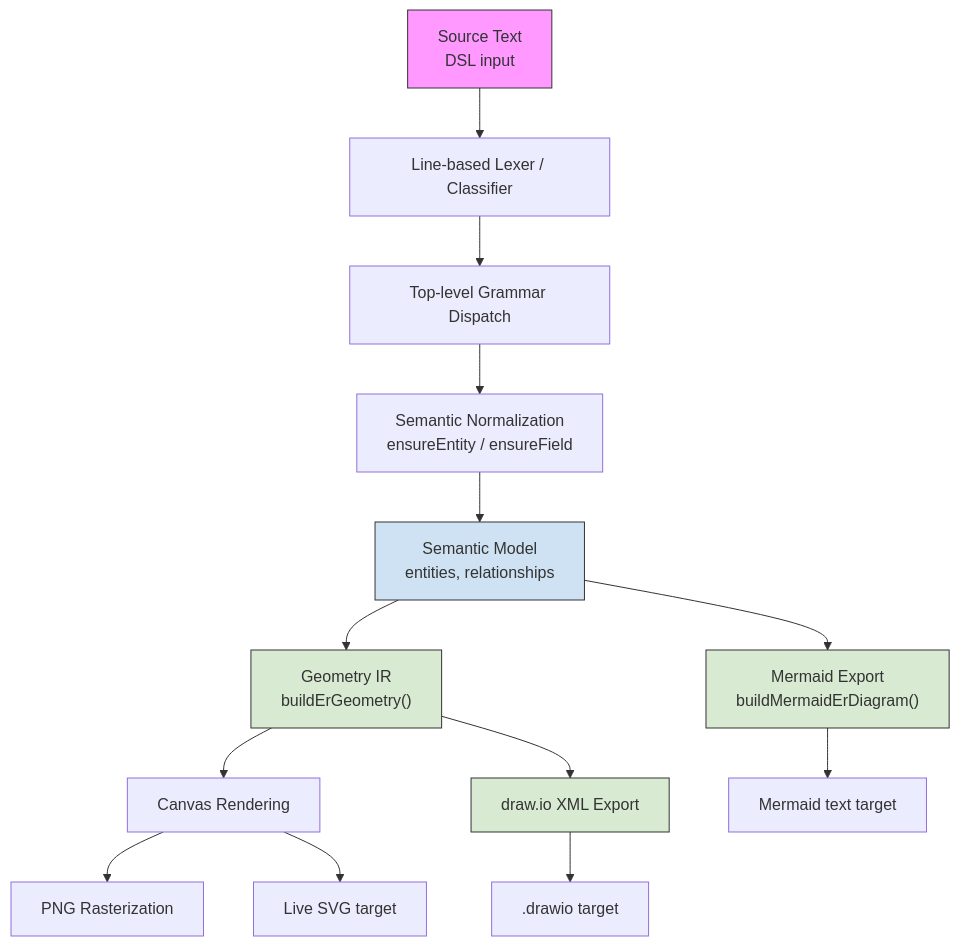
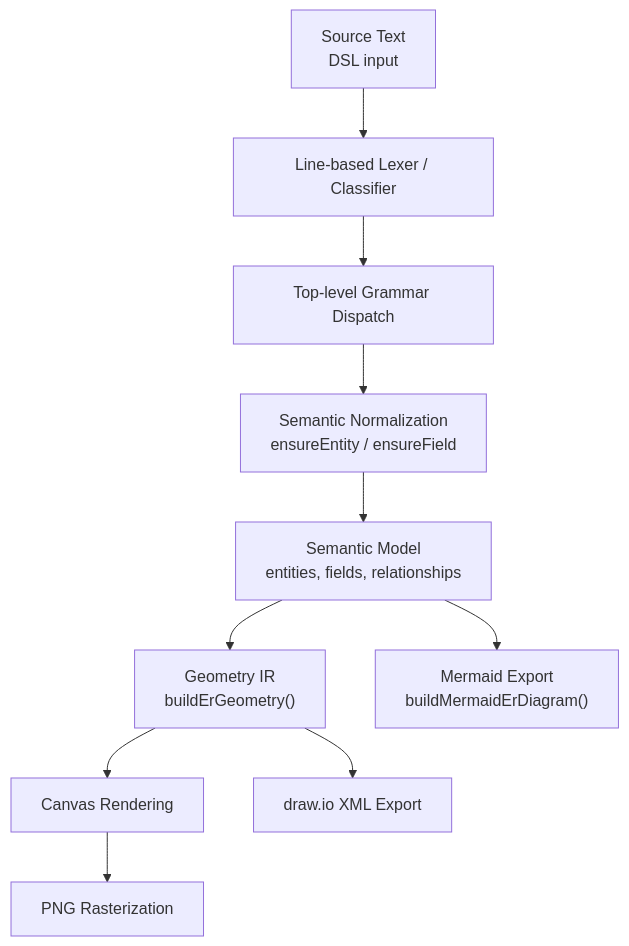
Before and after one commit to vikascohen/Salesforce-ER-Modeller-Studio: the diagram in docs/dsl-compiler-architecture.md, drawn with Mermaid. The commit also changed other lines of this file, not shown here.

Commit message:
Expand ER DSL compiler architecture documentation with technical academic detail

````diff
--- a/docs/dsl-compiler-architecture.md
+++ b/docs/dsl-compiler-architecture.md
@@ -37,21 +34,12 @@
 ```mermaid
 flowchart TD
     A["Source Text<br/>DSL input"] --> B["Line-based Lexer / Classifier"]
     B --> C["Top-level Grammar Dispatch"]
     C --> D["Semantic Normalization<br/>ensureEntity / ensureField"]
-    D --> E["Semantic Model<br/>entities, relationships"]
+    D --> E["Semantic Model<br/>entities, fields, relationships"]
     E --> F["Geometry IR<br/>buildErGeometry()"]
     E --> G["Mermaid Export<br/>buildMermaidErDiagram()"]
     F --> H["Canvas Rendering"]
     F --> I["draw.io XML Export"]
     H --> J["PNG Rasterization"]
-    G --> K["Mermaid text target"]
-    I --> L[".drawio target"]
-    H --> M["Live SVG target"]
-
-    style A fill:#f9f,stroke:#333,stroke-width:1px
-    style E fill:#cfe2f3,stroke:#333,stroke-width:1px
-    style F fill:#d9ead3,stroke:#333,stroke-width:1px
-    style G fill:#d9ead3,stroke:#333,stroke-width:1px
-    style I fill:#d9ead3,stroke:#333,stroke-width:1px
 ```
````
